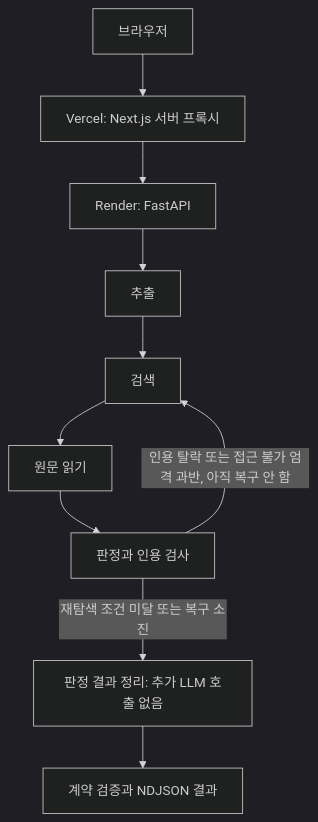
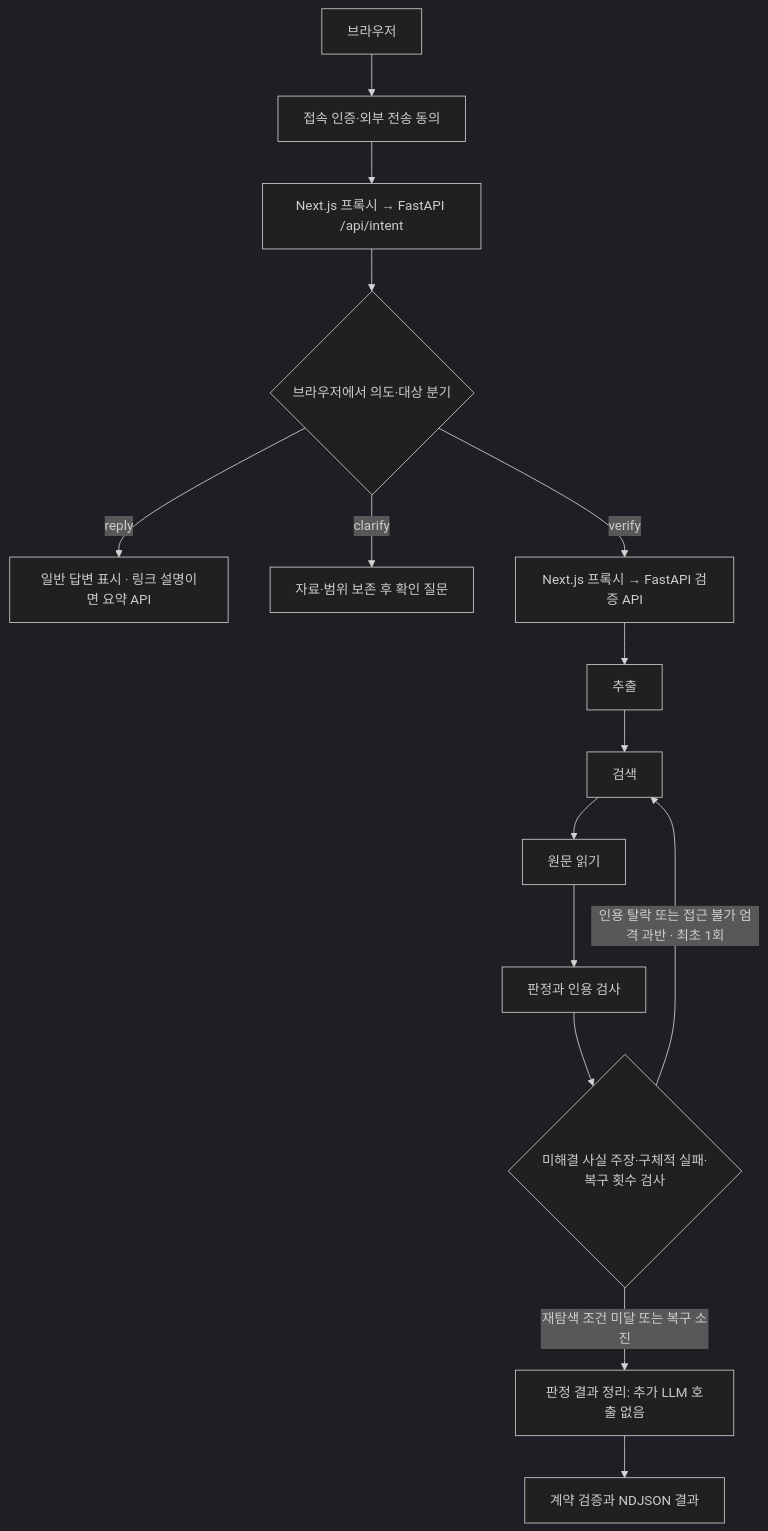
Before and after one commit to encore-ai-campus/aio-02-p2-team4: the second of 4 diagrams in docs/아키텍처.md, drawn with Mermaid (dark theme). The commit also changed other lines of this file and 18 other files, not shown here.

````diff
--- a/docs/아키텍처.md
+++ b/docs/아키텍처.md
@@ -49,12 +57,17 @@
 ```mermaid
 flowchart TD
-    UI[브라우저] --> Proxy[Vercel: Next.js 서버 프록시]
-    Proxy --> API[Render: FastAPI]
+    UI[브라우저] --> Access[접속 인증·외부 전송 동의]
+    Access --> Intent[Next.js 프록시 → FastAPI /api/intent]
+    Intent --> Route{브라우저에서 의도·대상 분기}
+    Route -->|reply| Reply[일반 답변 표시 · 링크 설명이면 요약 API]
+    Route -->|clarify| Clarify[자료·범위 보존 후 확인 질문]
+    Route -->|verify| API[Next.js 프록시 → FastAPI 검증 API]
     API --> Extract[추출]
     Extract --> Search[검색]
     Search --> Read[원문 읽기]
     Read --> Verify[판정과 인용 검사]
-    Verify -->|인용 탈락 또는 접근 불가 엄격 과반, 아직 복구 안 함| Search
-    Verify -->|재탐색 조건 미달 또는 복구 소진| Assemble[판정 결과 정리: 추가 LLM 호출 없음]
+    Verify --> Review{미해결 사실 주장·구체적 실패·복구 횟수 검사}
+    Review -->|인용 탈락 또는 접근 불가 엄격 과반 · 최초 1회| Search
+    Review -->|재탐색 조건 미달 또는 복구 소진| Assemble[판정 결과 정리: 추가 LLM 호출 없음]
     Assemble --> Result[계약 검증과 NDJSON 결과]
 ```
````
